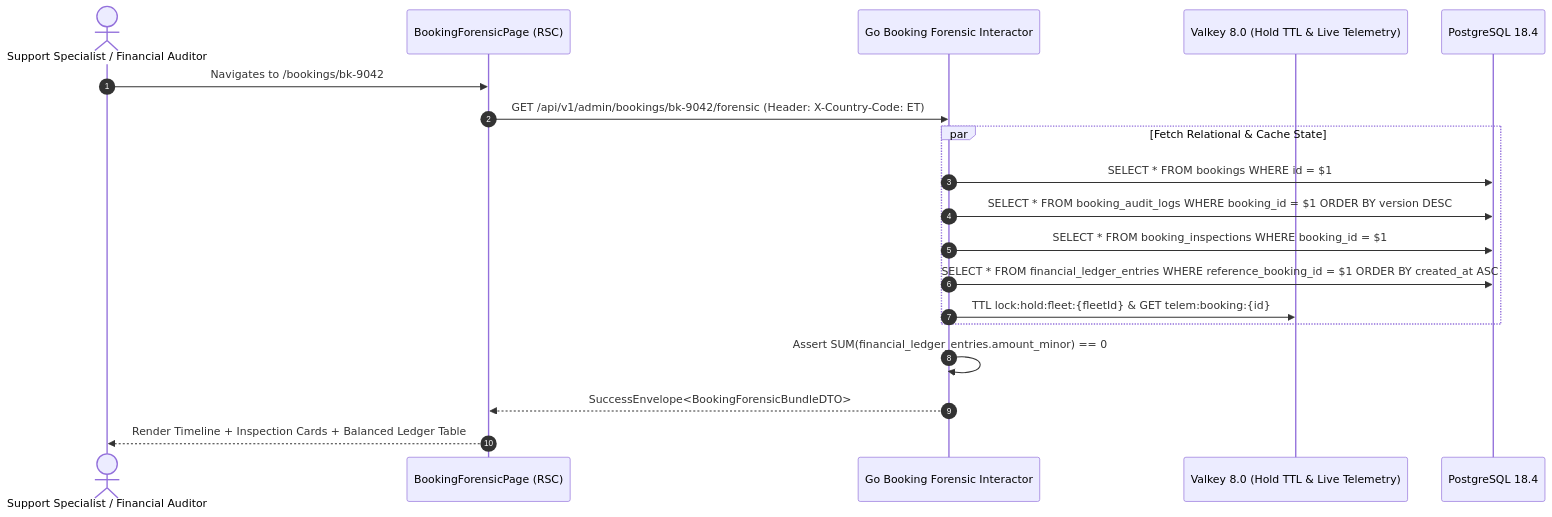
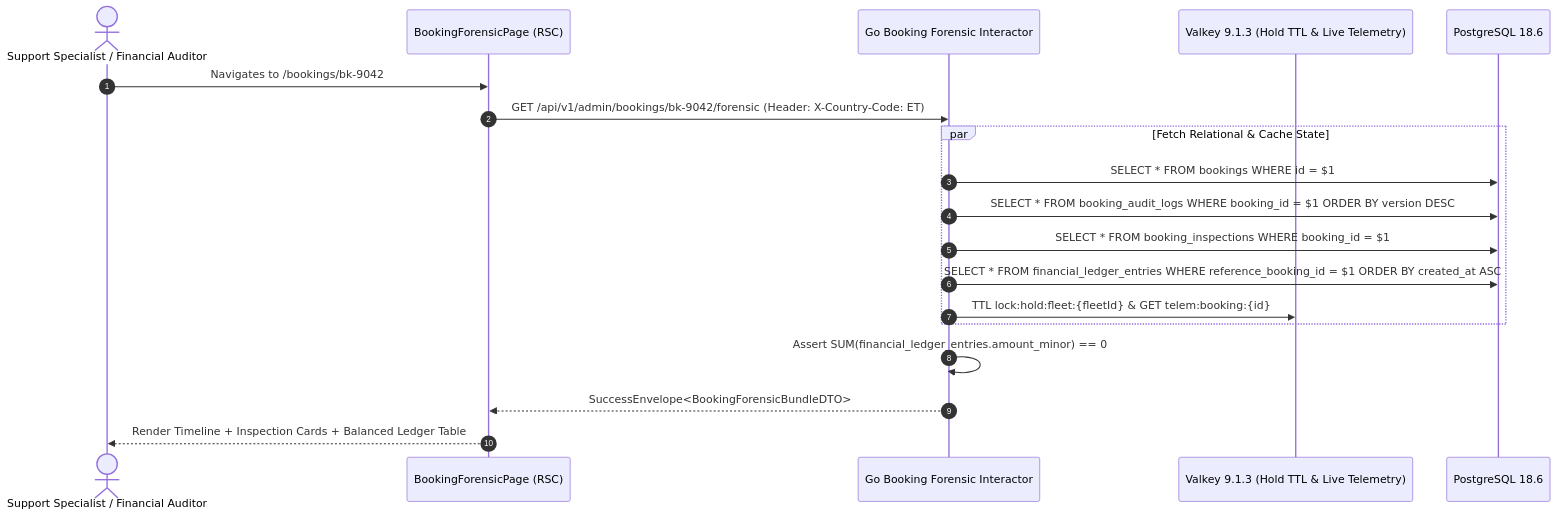
One commit to YDink/Heavy-Machinery-Logistics-Rental changed the second of 2 diagrams in docs/admin/booking-operations/02-booking-lifecycle-timeline.md. Above: the diagram before and after it, drawn with Mermaid. The commit also changed other lines of this file and 212 other files, not shown here.

````diff
--- a/docs/admin/booking-operations/02-booking-lifecycle-timeline.md
+++ b/docs/admin/booking-operations/02-booking-lifecycle-timeline.md
@@ -100,22 +100,22 @@
 ```mermaid
 sequenceDiagram
     autonumber
     actor Auditor as Support Specialist / Financial Auditor
     participant PageRSC as BookingForensicPage (RSC)
     participant GoAPI as Go Booking Forensic Interactor
-    participant VK as Valkey 8.0 (Hold TTL & Live Telemetry)
-    participant DB as PostgreSQL 18.4
+    participant VK as Valkey 9.1.3 (Hold TTL & Live Telemetry)
+    participant DB as PostgreSQL 18.6
 
     Auditor->>PageRSC: Navigates to /bookings/bk-9042
     PageRSC->>GoAPI: GET /api/v1/admin/bookings/bk-9042/forensic (Header: X-Country-Code: ET)
     par Fetch Relational & Cache State
         GoAPI->>DB: SELECT * FROM bookings WHERE id = $1
         GoAPI->>DB: SELECT * FROM booking_audit_logs WHERE booking_id = $1 ORDER BY version DESC
         GoAPI->>DB: SELECT * FROM booking_inspections WHERE booking_id = $1
         GoAPI->>DB: SELECT * FROM financial_ledger_entries WHERE reference_booking_id = $1 ORDER BY created_at ASC
         GoAPI->>VK: TTL lock:hold:fleet:{fleetId} & GET telem:booking:{id}
     end
     GoAPI->>GoAPI: Assert SUM(financial_ledger_entries.amount_minor) == 0
     GoAPI-->>PageRSC: SuccessEnvelope<BookingForensicBundleDTO>
     PageRSC-->>Auditor: Render Timeline + Inspection Cards + Balanced Ledger Table
 ```
````
